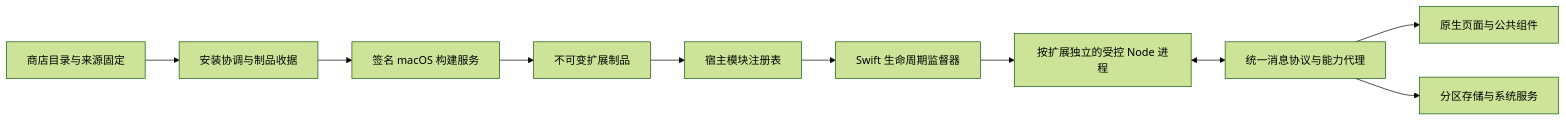
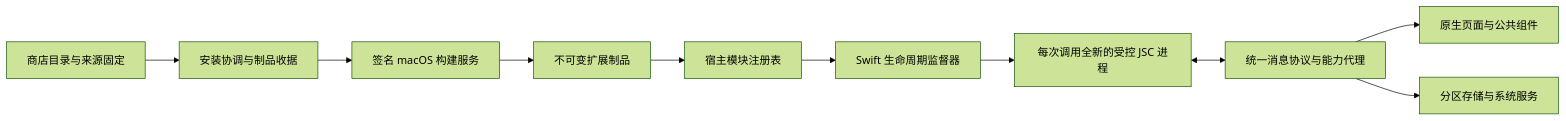
Before and after one commit to Acckion/Keylane: the first of 2 diagrams in docs/MACOS-EXTENSION-RUNTIME.md, drawn with Mermaid (forest theme). The commit also changed other lines of this file and 35 other files, not shown here.

````diff
--- a/docs/MACOS-EXTENSION-RUNTIME.md
+++ b/docs/MACOS-EXTENSION-RUNTIME.md
@@ -18,12 +27,12 @@
 ```mermaid
 flowchart LR
     C[商店目录与来源固定] --> I[安装协调与制品收据]
     I --> B[签名 macOS 构建服务]
     B --> A[不可变扩展制品]
     A --> R[宿主模块注册表]
     R --> S[Swift 生命周期监督器]
-    S --> E[按扩展独立的受控 Node 进程]
+    S --> E[每次调用全新的受控 JSC 进程]
     E <--> P[统一消息协议与能力代理]
     P --> U[原生页面与公共组件]
     P --> D[分区存储与系统服务]
 ```
````
